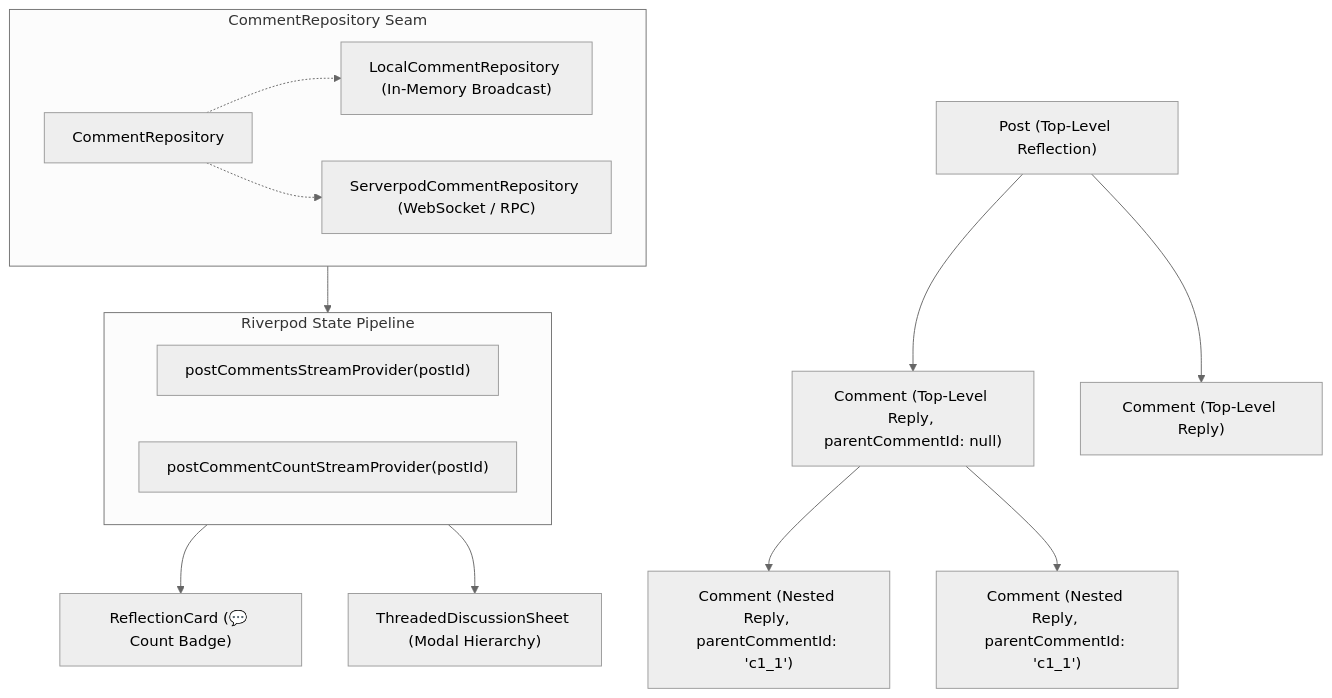
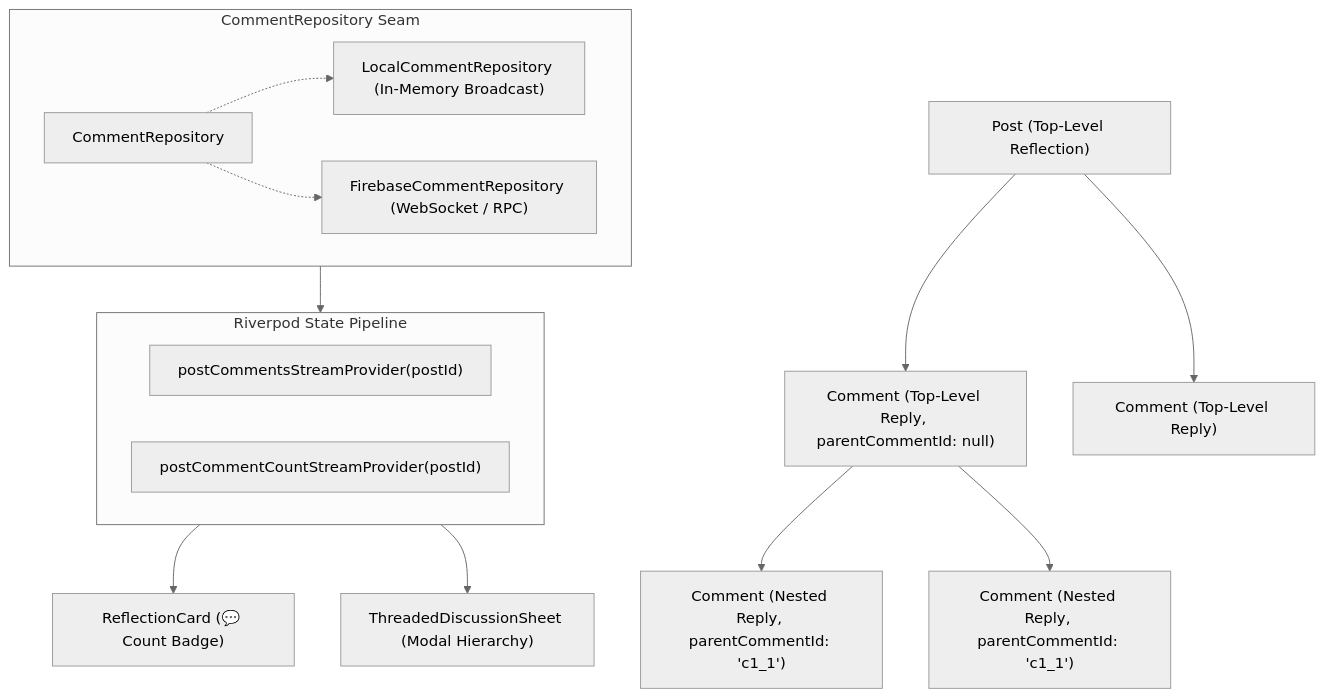
Before and after one commit to neiljaywarner/refuge: the diagram in docs/wiki/Threaded-Comments-and-Discussion-Architecture.md, drawn with Mermaid (neutral theme). The commit also changed 203 other files, not shown here.

````diff
--- a/docs/wiki/Threaded-Comments-and-Discussion-Architecture.md
+++ b/docs/wiki/Threaded-Comments-and-Discussion-Architecture.md
@@ -23,24 +23,24 @@
 ```mermaid
 flowchart TD
     Post["Post (Top-Level Reflection)"] --> DirectReply["Comment (Top-Level Reply, parentCommentId: null)"]
     Post --> Comment2["Comment (Top-Level Reply)"]
     DirectReply --> NestedReply1["Comment (Nested Reply, parentCommentId: 'c1_1')"]
     DirectReply --> NestedReply2["Comment (Nested Reply, parentCommentId: 'c1_1')"]
     
     subgraph Storage ["CommentRepository Seam"]
         Repo["CommentRepository"]
         Local["LocalCommentRepository (In-Memory Broadcast)"]
-        Serverpod["ServerpodCommentRepository (WebSocket / RPC)"]
+        Firebase["FirebaseCommentRepository (WebSocket / RPC)"]
         Repo -.-> Local
-        Repo -.-> Serverpod
+        Repo -.-> Firebase
     end
 
     subgraph State ["Riverpod State Pipeline"]
         CommentStream["postCommentsStreamProvider(postId)"]
         CountStream["postCommentCountStreamProvider(postId)"]
     end
 
     Storage --> State
     State --> Card["ReflectionCard (💬 Count Badge)"]
     State --> Sheet["ThreadedDiscussionSheet (Modal Hierarchy)"]
 ```
````
